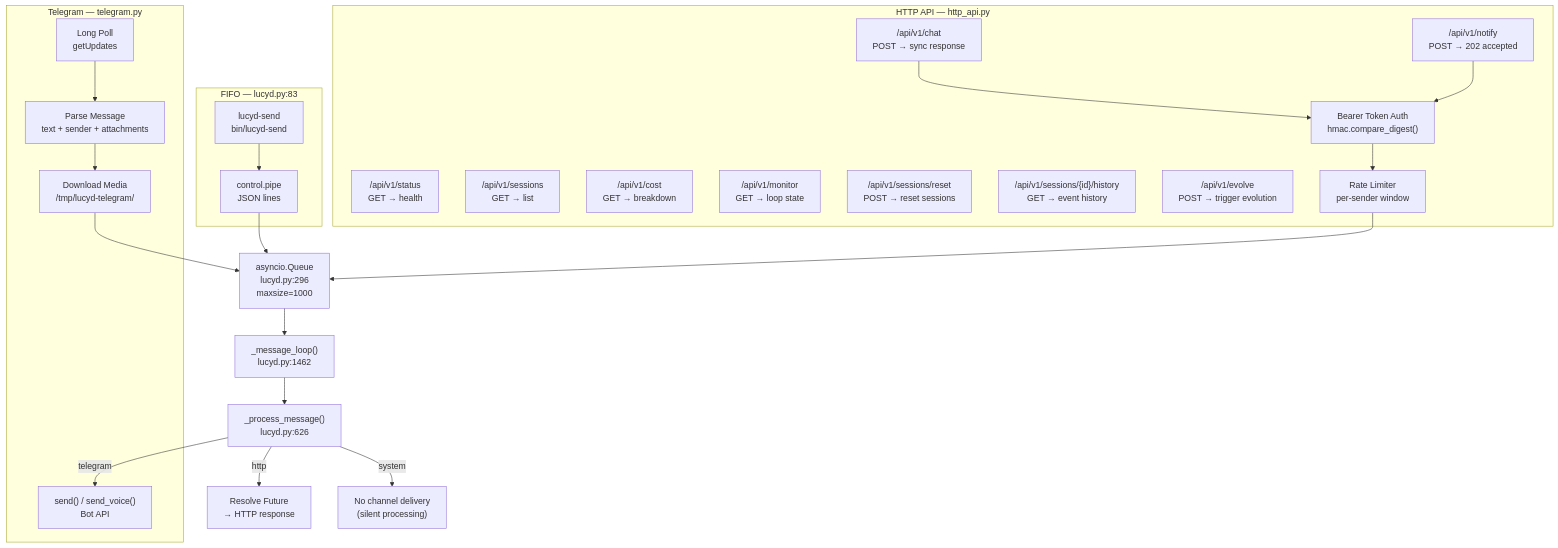
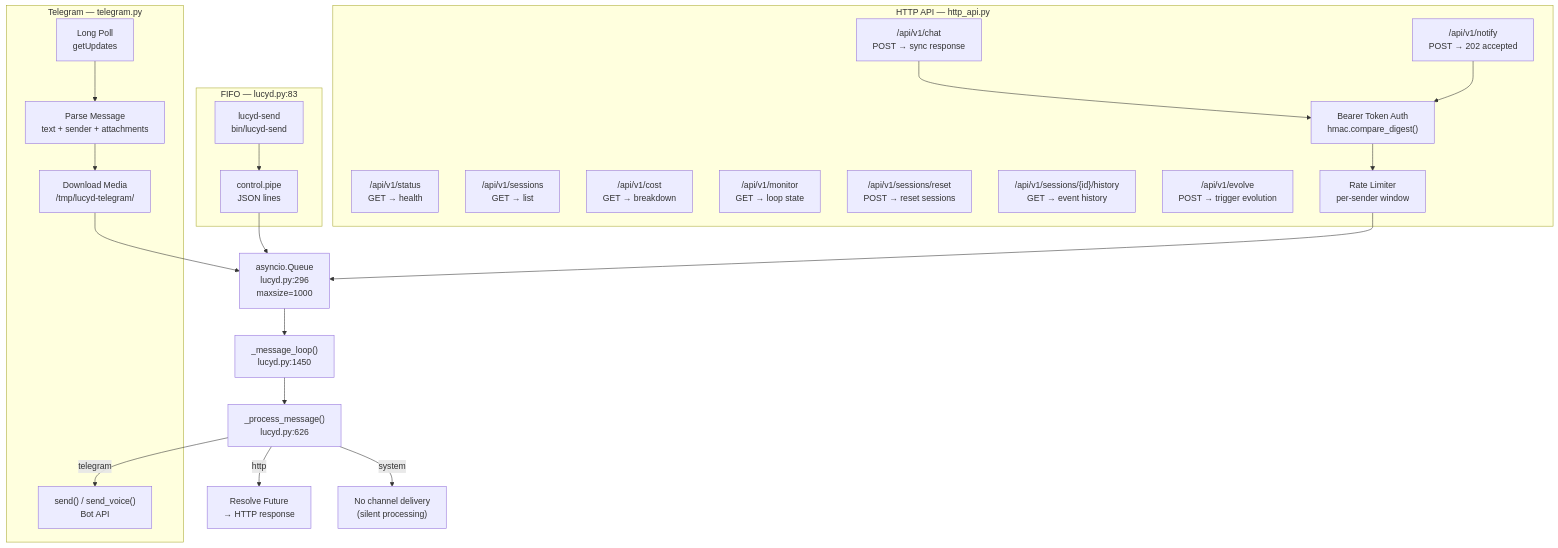
The eighth of 8 diagrams in docs/diagrams.md (nicolasforstinger/lucyd), drawn with Mermaid before and after one commit. The commit also changed other lines of this file, not shown here.

Commit message:
docs: fix drifted line numbers in diagrams (1219→1227, 1462→1450)

````diff
--- a/docs/diagrams.md
+++ b/docs/diagrams.md
@@ -315,43 +315,43 @@
 ```mermaid
 flowchart TD
     subgraph Telegram["Telegram — telegram.py"]
         POLL["Long Poll<br/>getUpdates"]
         PARSE["Parse Message<br/>text + sender + attachments"]
         DL["Download Media<br/>/tmp/lucyd-telegram/"]
         SEND_TG["send() / send_voice()<br/>Bot API"]
     end
 
     subgraph HTTP["HTTP API — http_api.py"]
         CHAT["/api/v1/chat<br/>POST → sync response"]
         NOTIFY["/api/v1/notify<br/>POST → 202 accepted"]
         STATUS["/api/v1/status<br/>GET → health"]
         SESSIONS_EP["/api/v1/sessions<br/>GET → list"]
         COST_EP["/api/v1/cost<br/>GET → breakdown"]
         MONITOR_EP["/api/v1/monitor<br/>GET → loop state"]
         RESET_EP["/api/v1/sessions/reset<br/>POST → reset sessions"]
         HISTORY_EP["/api/v1/sessions/{id}/history<br/>GET → event history"]
         EVOLVE_EP["/api/v1/evolve<br/>POST → trigger evolution"]
         AUTH["Bearer Token Auth<br/>hmac.compare_digest()"]
         RATE["Rate Limiter<br/>per-sender window"]
     end
 
     subgraph CLI["FIFO — lucyd.py:83"]
         PIPE["control.pipe<br/>JSON lines"]
         SEND_CLI["lucyd-send<br/>bin/lucyd-send"]
     end
 
     Q["asyncio.Queue<br/>lucyd.py:296<br/>maxsize=1000"]
 
     POLL --> PARSE --> DL --> Q
     SEND_CLI --> PIPE --> Q
     CHAT --> AUTH
     NOTIFY --> AUTH
     AUTH --> RATE --> Q
 
-    Q --> LOOP["_message_loop()<br/>lucyd.py:1462"]
+    Q --> LOOP["_message_loop()<br/>lucyd.py:1450"]
     LOOP --> PROCESS["_process_message()<br/>lucyd.py:626"]
 
     PROCESS -->|telegram| SEND_TG
     PROCESS -->|http| FUTURE["Resolve Future<br/>→ HTTP response"]
     PROCESS -->|system| SUPPRESS["No channel delivery<br/>(silent processing)"]
 ```
````
